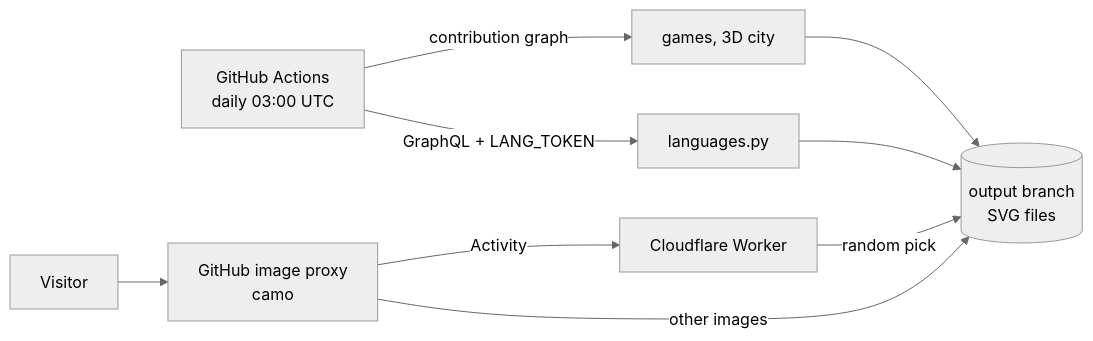
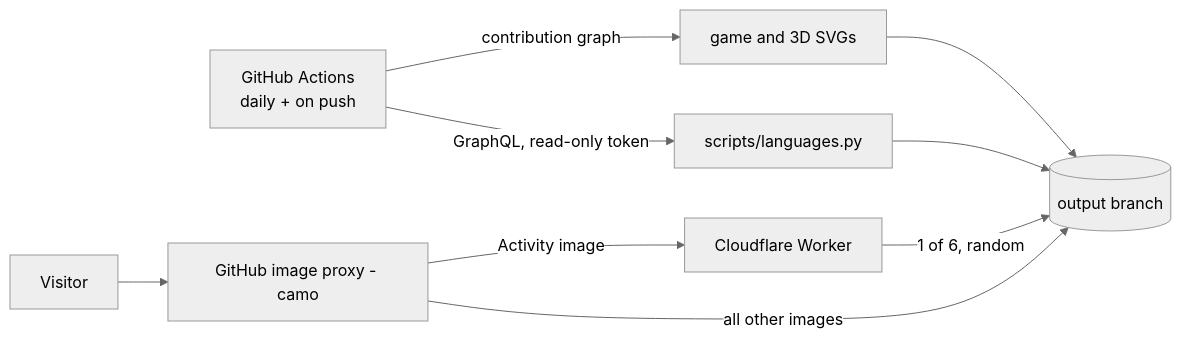
One commit to StefanMarinkov05/StefanMarinkov05 changed the diagram in docs/README.md. Above: the diagram before and after it, drawn with Mermaid (neutral theme). The commit also changed other lines of this file, not shown here.

````diff
--- a/docs/README.md
+++ b/docs/README.md
@@ -6,10 +10,10 @@
 ```mermaid
 flowchart LR
-    A[GitHub Actions<br/>daily 03:00 UTC] -->|contribution graph| G[games, 3D city]
-    A -->|GraphQL + LANG_TOKEN| L[languages.py]
-    G --> O[(output branch<br/>SVG files)]
+    A[GitHub Actions<br/>daily + on push] -->|contribution graph| G[game and 3D SVGs]
+    A -->|GraphQL, read-only token| L[scripts/languages.py]
+    G --> O[(output branch)]
     L --> O
-    V[Visitor] --> C[GitHub image proxy<br/>camo]
-    C -->|Activity| W[Cloudflare Worker] -->|random pick| O
-    C -->|other images| O
+    V[Visitor] --> C[GitHub image proxy - camo]
+    C -->|Activity image| W[Cloudflare Worker] -->|1 of 6, random| O
+    C -->|all other images| O
 ```
````
